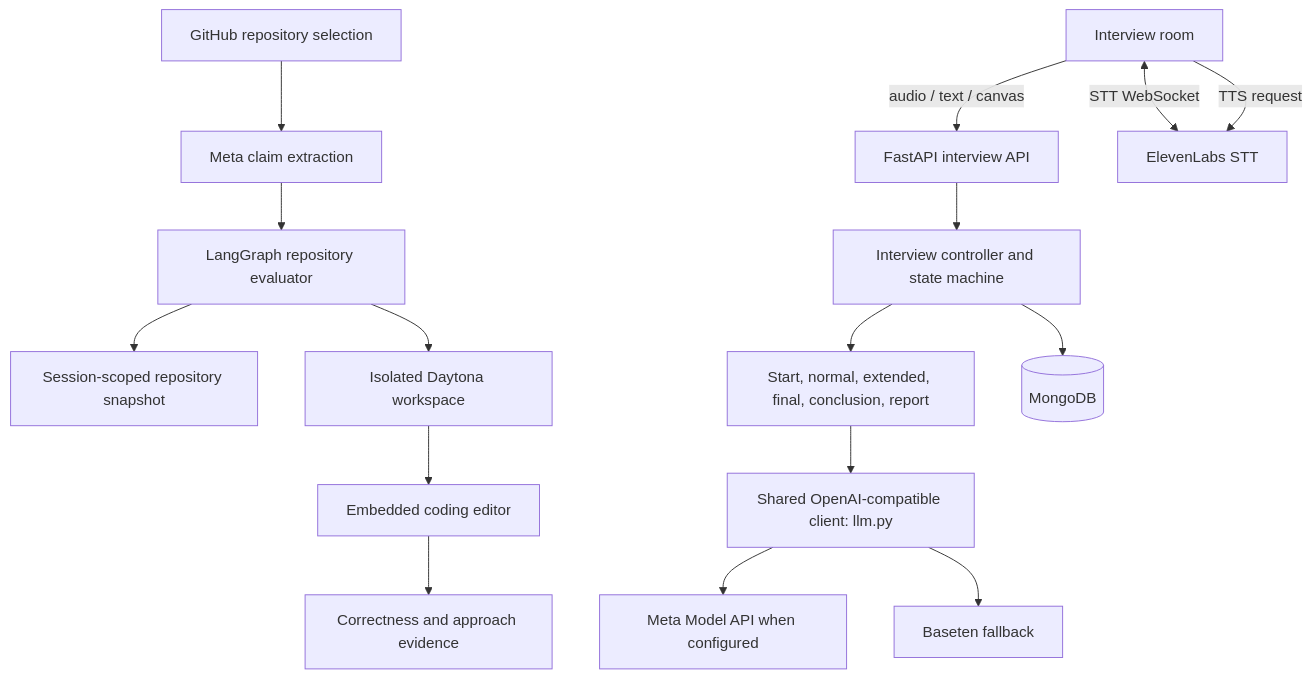
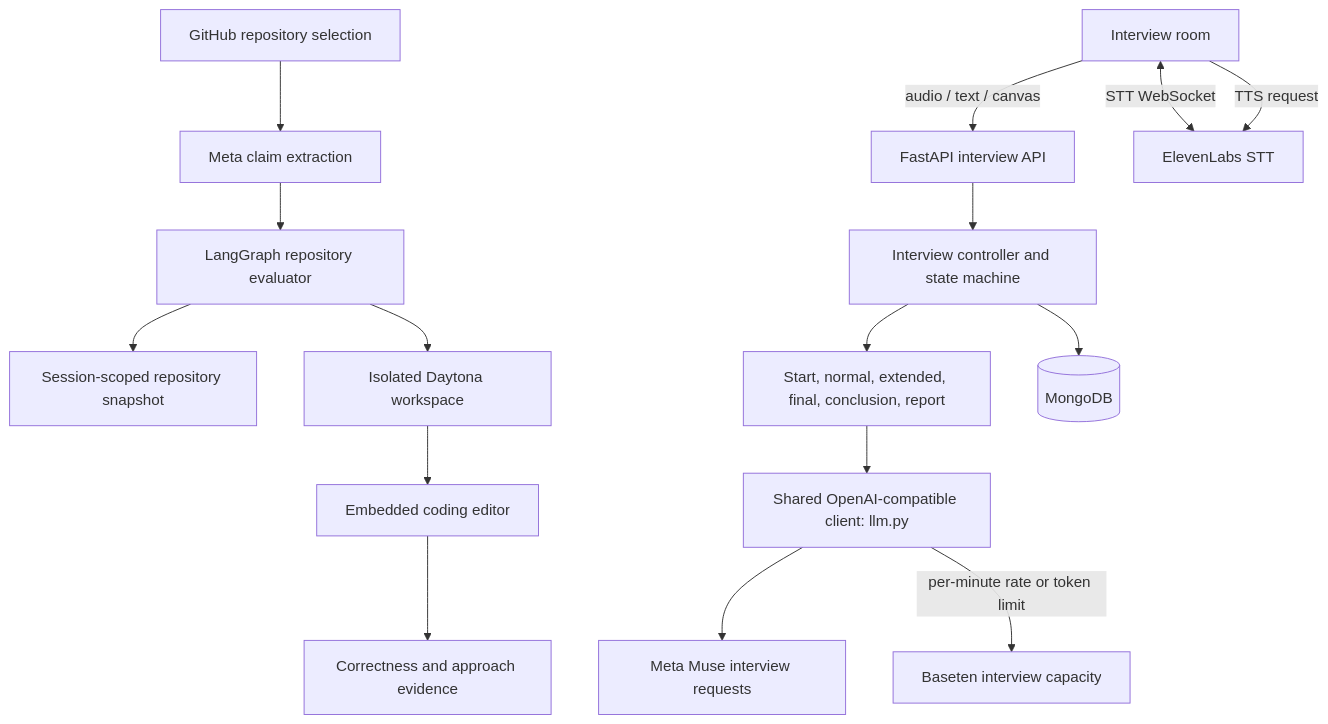
The first of 2 diagrams in README.md (kajaredhruv433/momentum-ai), drawn with Mermaid before and after one commit. The commit also changed other lines of this file and 35 other files, not shown here.

````diff
--- a/README.md
+++ b/README.md
@@ -56,18 +56,18 @@
 ```mermaid
 flowchart TD
     Browser[Interview room] -->|audio / text / canvas| API[FastAPI interview API]
     API --> Controller[Interview controller and state machine]
     Controller --> Stages[Start, normal, extended, final, conclusion, report]
     Stages --> LLM[Shared OpenAI-compatible client: llm.py]
-    LLM --> Meta[Meta Model API when configured]
-    LLM --> Baseten[Baseten fallback]
+    LLM --> Meta[Meta Muse interview requests]
+    LLM -->|per-minute rate or token limit| Baseten[Baseten interview capacity]
     Repo[GitHub repository selection] --> Claims[Meta claim extraction]
     Claims --> Graph[LangGraph repository evaluator]
     Graph --> Snapshot[Session-scoped repository snapshot]
     Graph --> Daytona[Isolated Daytona workspace]
     Daytona --> Editor[Embedded coding editor]
     Editor --> Result[Correctness and approach evidence]
     Controller --> DB[(MongoDB)]
     Browser <-->|STT WebSocket| Eleven[ElevenLabs STT]
     Browser -->|TTS request| Eleven
 ```
````
